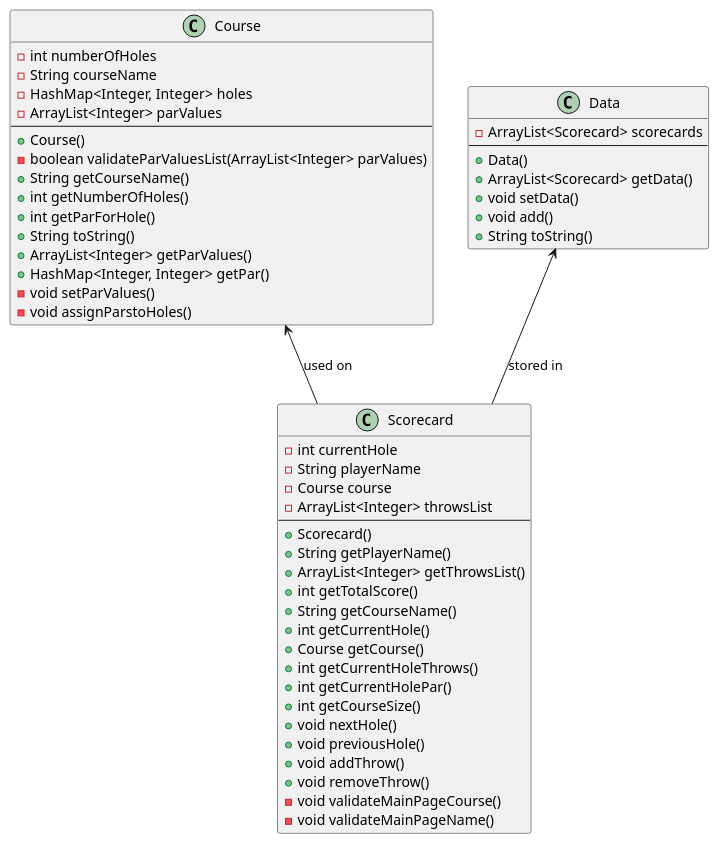
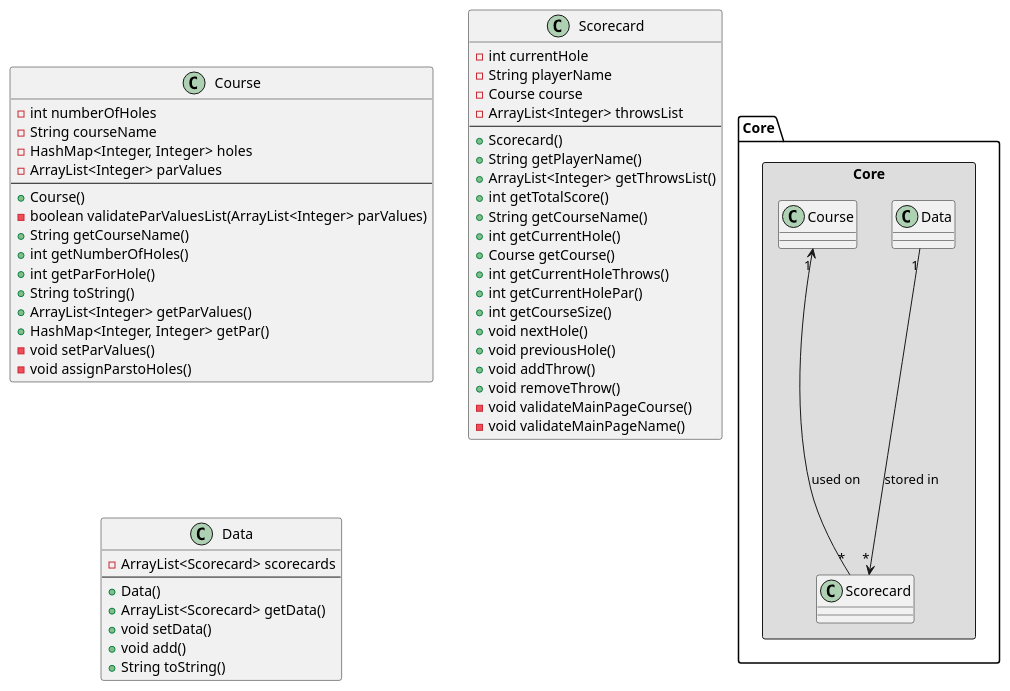
Before and after one commit to J0hans1/IT1901-DiscoGolf: the diagram in docs/release2/diagramClass.plantuml, drawn with PlantUML. The commit also changed 3 other files, not shown here.

First line of the commit message:
class diagram for core.core finished

```diff
--- a/docs/release2/diagramClass.plantuml
+++ b/docs/release2/diagramClass.plantuml
@@ -1,58 +1,60 @@
 @startuml class
 
-class Course{
+package "Core.Core" <<rectangle>> #DDDDDD {
+    Data "1"-->"*" Scorecard : stored in
+    Course "1"<--"*" Scorecard : used on
+}
+
+class Course{   
     - int numberOfHoles
     - String courseName
     - HashMap<Integer, Integer> holes
     - ArrayList<Integer> parValues
     --
     + Course()
     - boolean validateParValuesList(ArrayList<Integer> parValues)
     + String getCourseName()
     + int getNumberOfHoles()
     + int getParForHole()
     + String toString()
     + ArrayList<Integer> getParValues()
     + HashMap<Integer, Integer> getPar()
     - void setParValues()
     - void assignParstoHoles()
 }
 
 Class Scorecard {
     - int currentHole
     - String playerName
     - Course course
     - ArrayList<Integer> throwsList
     --
     + Scorecard()
     + String getPlayerName()
     + ArrayList<Integer> getThrowsList()
     + int getTotalScore()
     + String getCourseName()
     + int getCurrentHole()
     + Course getCourse()
     + int getCurrentHoleThrows()
     + int getCurrentHolePar()
     + int getCourseSize()
     + void nextHole()
     + void previousHole()
     + void addThrow()
     + void removeThrow()
     - void validateMainPageCourse()
     - void validateMainPageName()
 }
 
 Class Data {
     - ArrayList<Scorecard> scorecards
     --
     + Data()
     + ArrayList<Scorecard> getData()
     + void setData()
     + void add()
     + String toString()
 }
 
-Data <-- Scorecard : stored in
-Course <-- Scorecard : used on 
-
 @enduml
```
